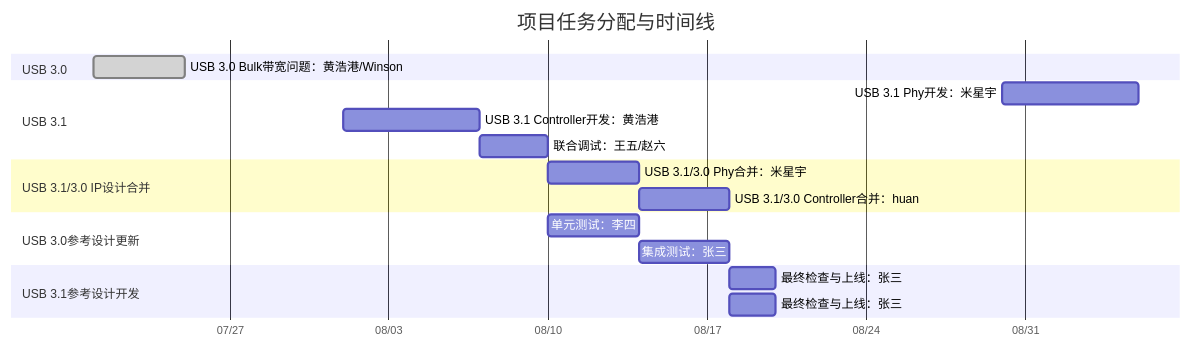
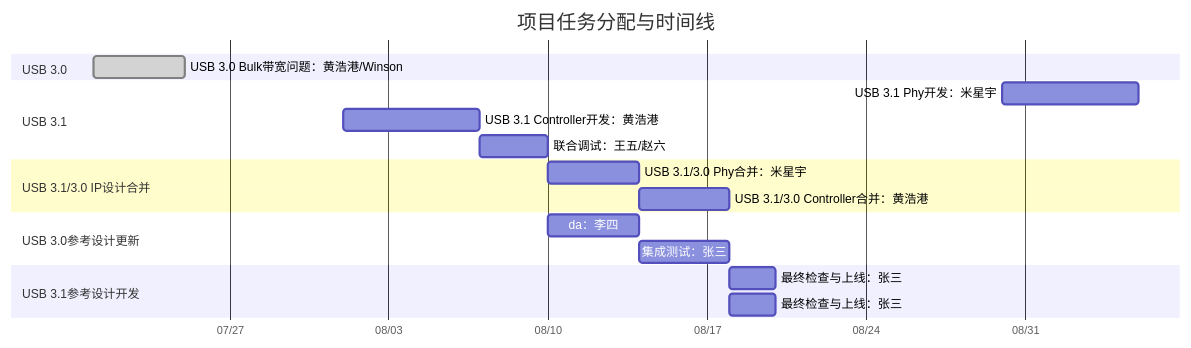
One commit to winsonbook/iodraw-files changed the diagram in all/未命名.md. Above: the diagram before and after it, drawn with Mermaid.

Commit message:
2025-07-21 10:01:20 update

````diff
--- a/all/未命名.md
+++ b/all/未命名.md
@@ -1,29 +1,29 @@
 ```mermaid
 gantt
     title 项目任务分配与时间线
     dateFormat  YYYY-MM-DD
     axisFormat  %m/%d
 
     section USB 3.0
     USB 3.0 Bulk带宽问题：黄浩港/Winson   :done,    task1, 2025-07-21, 4d
 
     section USB 3.1
     USB 3.1 Phy开发：米星宇      :         task3, 2025-08-30, 6d
     USB 3.1 Controller开发：黄浩港      :  task4, 2025-08-01, 6d
     联合调试：王五/赵六  :         task5, 2025-08-07, 3d
 
     section USB 3.1/3.0 IP设计合并
     USB 3.1/3.0 Phy合并：米星宇       :         task6, 2025-08-10, 4d
-    USB 3.1/3.0 Controller合并：huan       :         task7, 2025-08-14, 4d
+    USB 3.1/3.0 Controller合并：黄浩港       :         task7, 2025-08-14, 4d
 
     section USB 3.0参考设计更新
-    单元测试：李四       :         task6, 2025-08-10, 4d
+    da：李四       :         task6, 2025-08-10, 4d
     集成测试：张三       :         task7, 2025-08-14, 4d
 
     section USB 3.1参考设计开发
     最终检查与上线：张三 :         task8, 2025-08-18, 2d
 
     section USB 3.1参考设计开发
     最终检查与上线：张三 :         task8, 2025-08-18, 2d
 
 ```
````
